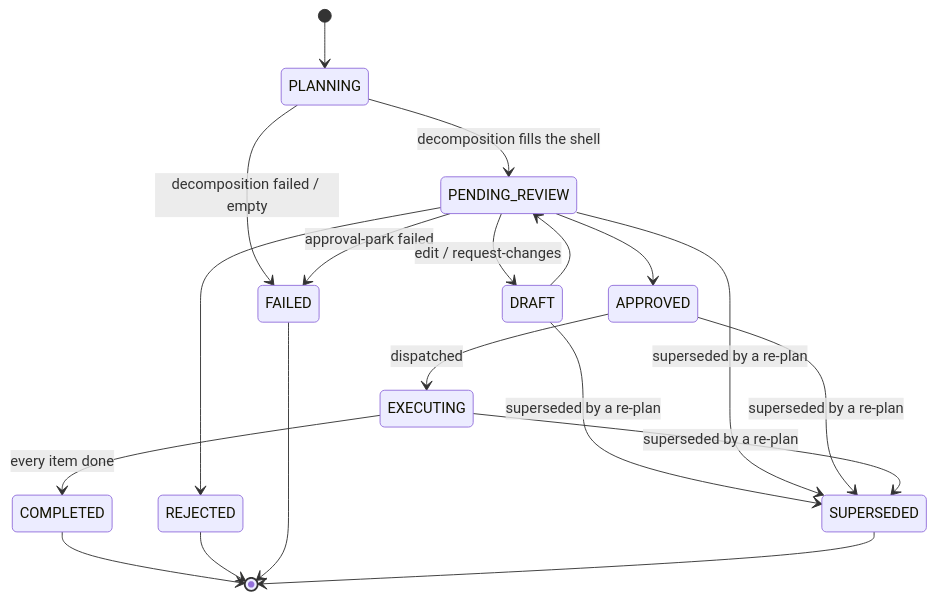
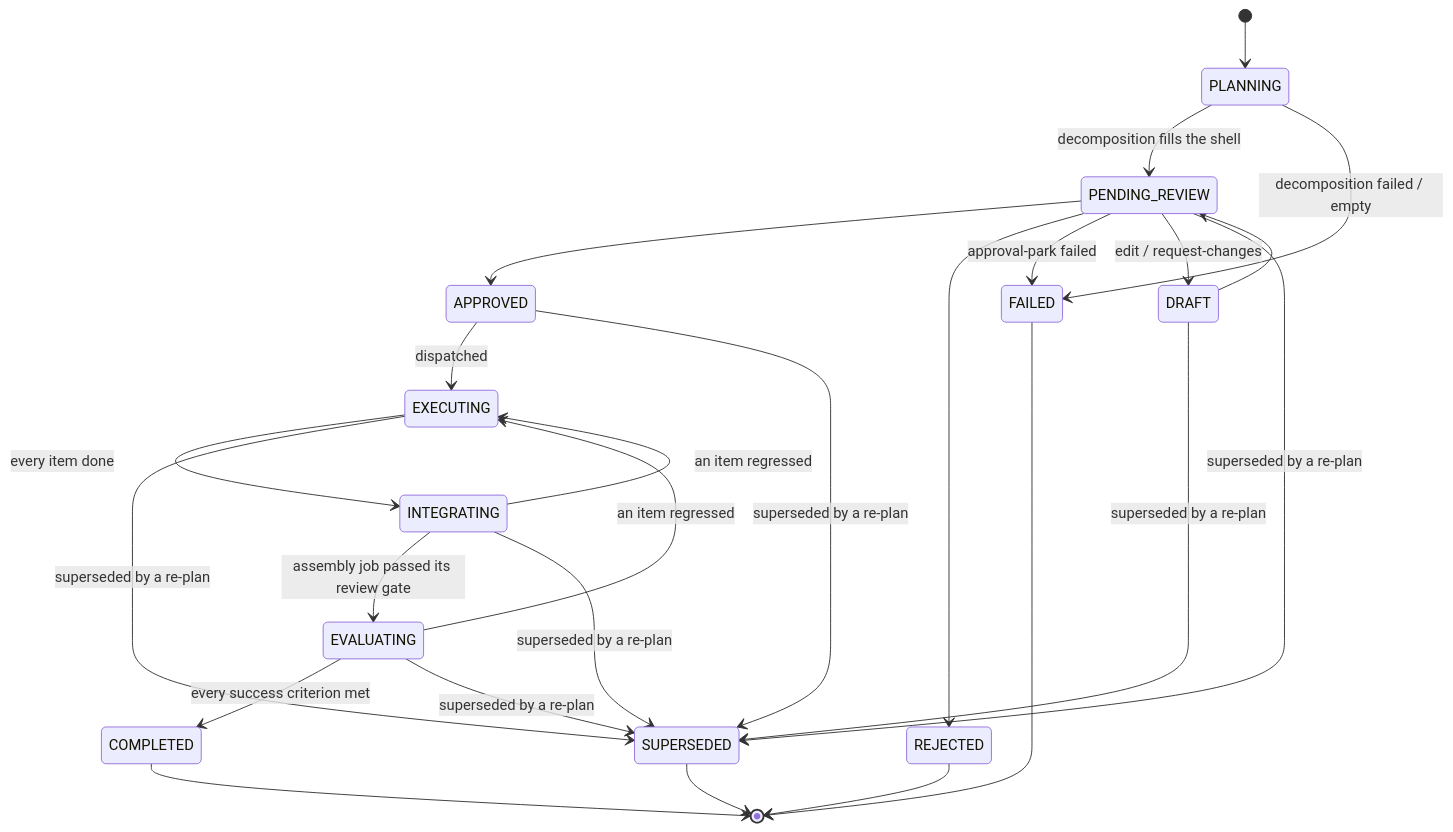
Before and after one commit to Aureliolo/synthorg: the diagram in docs/design/plan-review.md, drawn with Mermaid. The commit also changed other lines of this file and 150 other files, not shown here.

````diff
--- a/docs/design/plan-review.md
+++ b/docs/design/plan-review.md
@@ -77,21 +77,27 @@
 ```mermaid
 stateDiagram-v2
     [*] --> PLANNING
     PLANNING --> PENDING_REVIEW: decomposition fills the shell
     PLANNING --> FAILED: decomposition failed / empty
     DRAFT --> PENDING_REVIEW
     PENDING_REVIEW --> APPROVED
     PENDING_REVIEW --> REJECTED
     PENDING_REVIEW --> FAILED: approval-park failed
     PENDING_REVIEW --> DRAFT: edit / request-changes
     DRAFT --> SUPERSEDED: superseded by a re-plan
     PENDING_REVIEW --> SUPERSEDED: superseded by a re-plan
     APPROVED --> EXECUTING: dispatched
     APPROVED --> SUPERSEDED: superseded by a re-plan
-    EXECUTING --> COMPLETED: every item done
+    EXECUTING --> INTEGRATING: every item done
     EXECUTING --> SUPERSEDED: superseded by a re-plan
+    INTEGRATING --> EVALUATING: assembly job passed its review gate
+    INTEGRATING --> EXECUTING: an item regressed
+    INTEGRATING --> SUPERSEDED: superseded by a re-plan
+    EVALUATING --> COMPLETED: every success criterion met
+    EVALUATING --> EXECUTING: an item regressed
+    EVALUATING --> SUPERSEDED: superseded by a re-plan
     COMPLETED --> [*]
     REJECTED --> [*]
     FAILED --> [*]
     SUPERSEDED --> [*]
 ```
````
